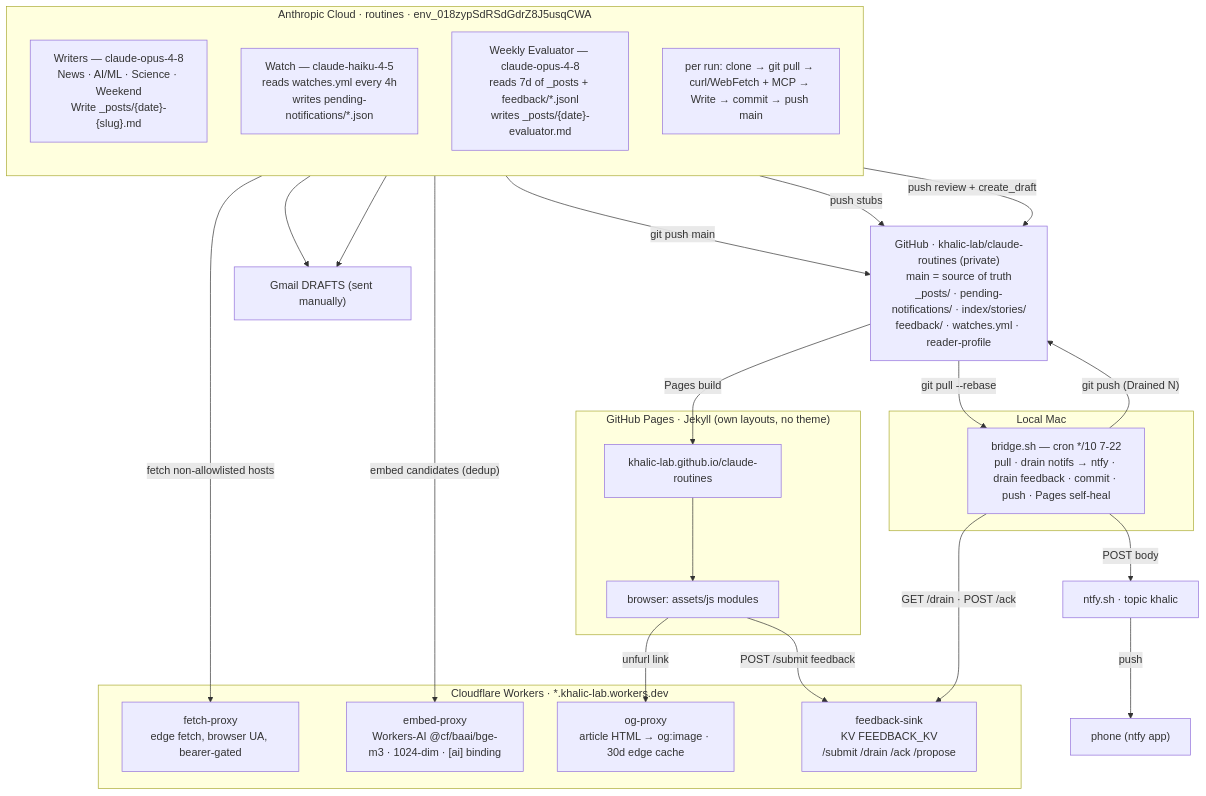
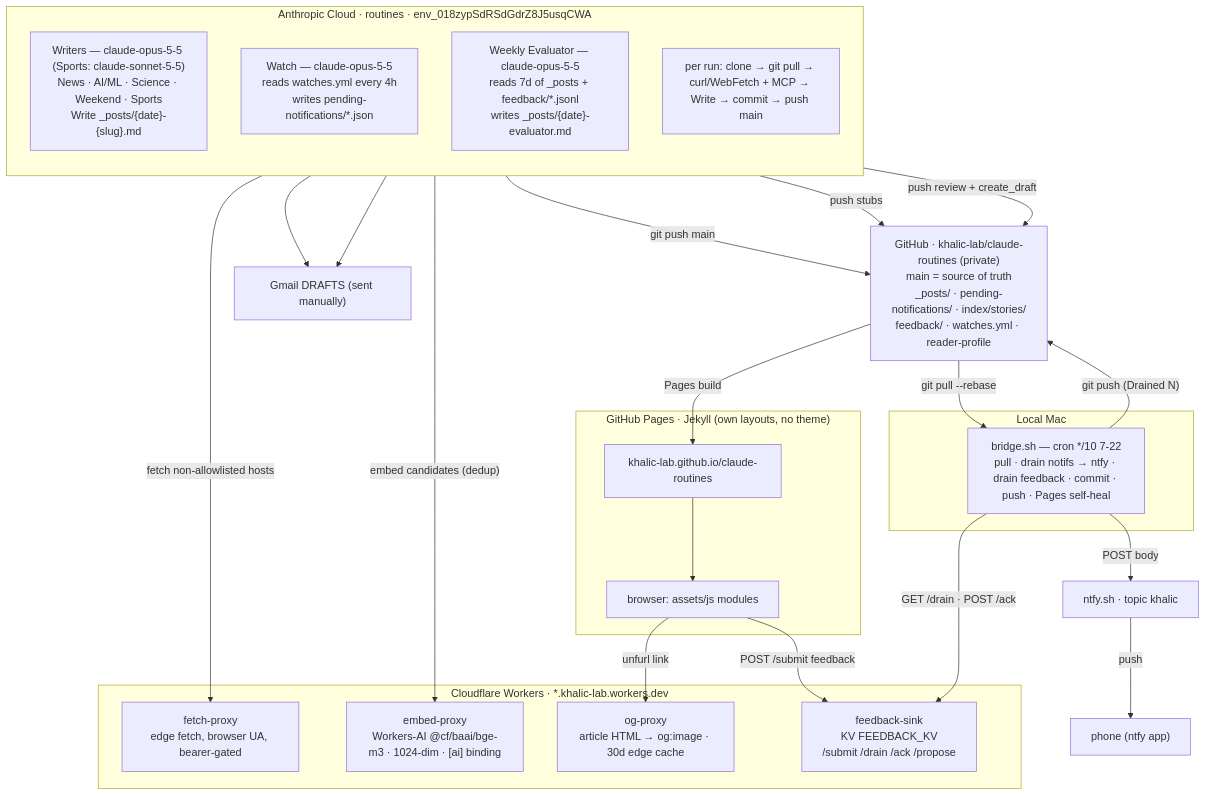
The diagram in diagrams/01-system-overview.md (khalic-lab/claude-routines), drawn with Mermaid before and after one commit. The commit also changed 3 other files, not shown here.

First line of the commit message:
Routines: Opus 5.5 everywhere, Sports on Sonnet 5.5

````diff
--- a/diagrams/01-system-overview.md
+++ b/diagrams/01-system-overview.md
@@ -7,51 +7,51 @@
 ```mermaid
 flowchart TB
   subgraph cloud["Anthropic Cloud · routines · env_018zypSdRSdGdrZ8J5usqCWA"]
     direction TB
-    W["Writers — claude-opus-4-8<br/>News · AI/ML · Science · Weekend<br/>Write _posts/{date}-{slug}.md"]
-    WA["Watch — claude-haiku-4-5<br/>reads watches.yml every 4h<br/>writes pending-notifications/*.json"]
-    EV["Weekly Evaluator — claude-opus-4-8<br/>reads 7d of _posts + feedback/*.jsonl<br/>writes _posts/{date}-evaluator.md"]
+    W["Writers — claude-opus-5-5 (Sports: claude-sonnet-5-5)<br/>News · AI/ML · Science · Weekend · Sports<br/>Write _posts/{date}-{slug}.md"]
+    WA["Watch — claude-opus-5-5<br/>reads watches.yml every 4h<br/>writes pending-notifications/*.json"]
+    EV["Weekly Evaluator — claude-opus-5-5<br/>reads 7d of _posts + feedback/*.jsonl<br/>writes _posts/{date}-evaluator.md"]
     step["per run: clone → git pull → curl/WebFetch + MCP → Write → commit → push main"]
   end
 
   subgraph cf["Cloudflare Workers · *.khalic-lab.workers.dev"]
     FP["fetch-proxy<br/>edge fetch, browser UA, bearer-gated"]
     EP["embed-proxy<br/>Workers-AI @cf/baai/bge-m3 · 1024-dim · [ai] binding"]
     OG["og-proxy<br/>article HTML → og:image · 30d edge cache"]
     FS["feedback-sink<br/>KV FEEDBACK_KV<br/>/submit /drain /ack /propose"]
   end
 
   GH["GitHub · khalic-lab/claude-routines (private)<br/>main = source of truth<br/>_posts/ · pending-notifications/ · index/stories/<br/>feedback/ · watches.yml · reader-profile"]
 
   subgraph pages["GitHub Pages · Jekyll (own layouts, no theme)"]
     SITE["khalic-lab.github.io/claude-routines"]
     JS["browser: assets/js modules"]
   end
 
   subgraph mac["Local Mac"]
     BR["bridge.sh — cron */10 7-22<br/>pull · drain notifs → ntfy · drain feedback · commit · push · Pages self-heal"]
   end
 
   NTFY["ntfy.sh · topic khalic"]
   PHONE["phone (ntfy app)"]
   GM["Gmail DRAFTS (sent manually)"]
 
   W -->|"fetch non-allowlisted hosts"| FP
   W -->|"embed candidates (dedup)"| EP
   W -->|"git push main"| GH
   WA -->|"push stubs"| GH
   EV -->|"push review + create_draft"| GH
   EV --> GM
   W --> GM
 
   GH -->|"Pages build"| SITE
   SITE --> JS
   JS -->|"unfurl link"| OG
   JS -->|"POST /submit feedback"| FS
 
   GH -->|"git pull --rebase"| BR
   BR -->|"git push (Drained N)"| GH
   BR -->|"POST body"| NTFY
   NTFY -->|"push"| PHONE
   BR -->|"GET /drain · POST /ack"| FS
 ```
````
